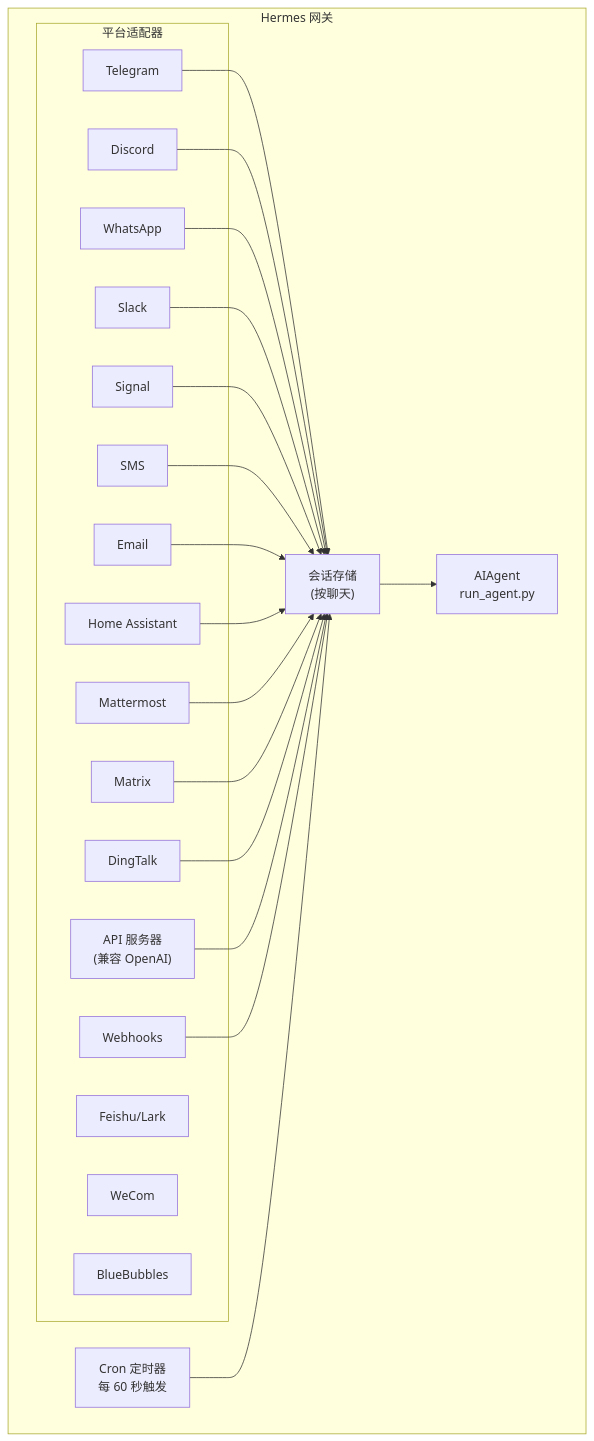
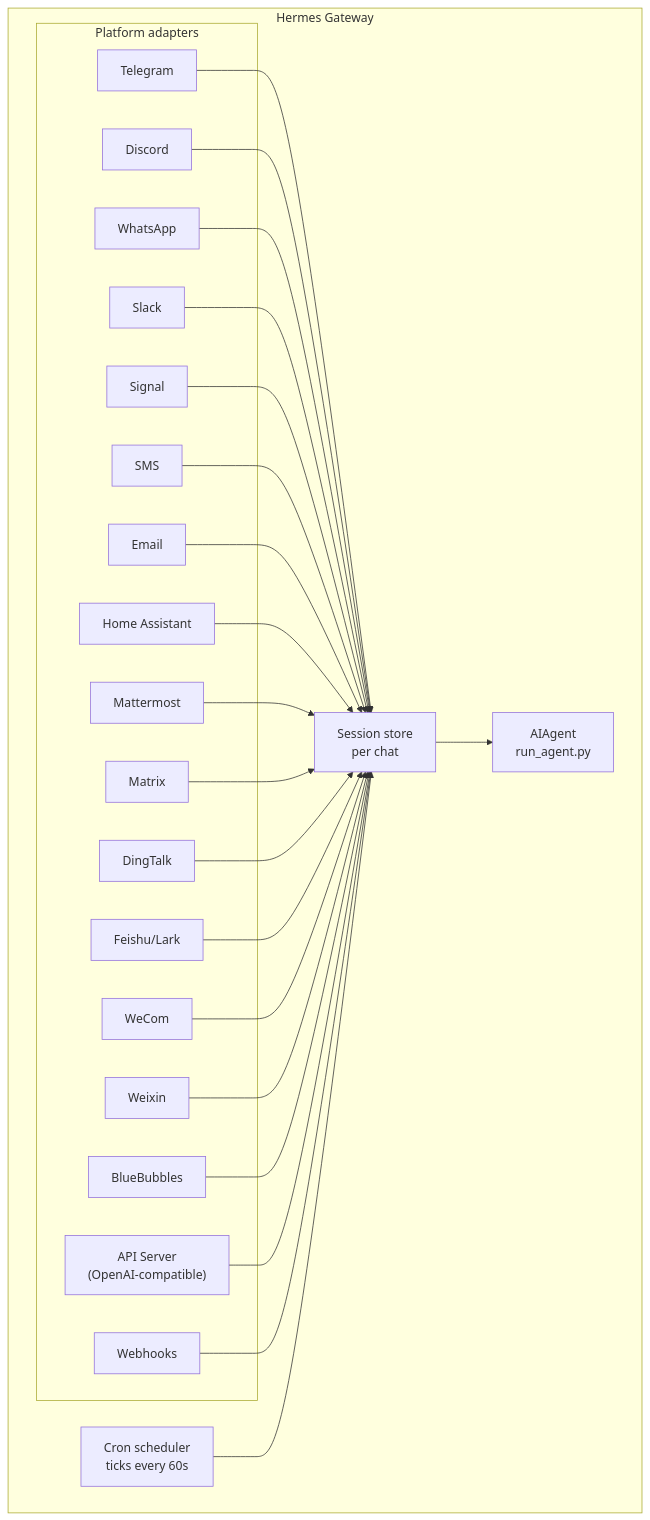
Before and after one commit to dracohu2025-cloud/hermes-agent: the diagram in site/docs/user-guide/messaging/index.md, drawn with Mermaid. The commit also changed other lines of this file and 36 other files, not shown here.

````diff
--- a/site/docs/user-guide/messaging/index.md
+++ b/site/docs/user-guide/messaging/index.md
@@ -36,43 +37,48 @@
 ```mermaid
 flowchart TB
-    subgraph Gateway["Hermes 网关"]
-        subgraph Adapters["平台适配器"]
+    subgraph Gateway["Hermes Gateway"]
+        subgraph Adapters["Platform adapters"]
             tg[Telegram]
             dc[Discord]
             wa[WhatsApp]
             sl[Slack]
             sig[Signal]
             sms[SMS]
             em[Email]
             ha[Home Assistant]
             mm[Mattermost]
             mx[Matrix]
             dt[DingTalk]
     fs[Feishu/Lark]
     wc[WeCom]
+    wx[Weixin]
     bb[BlueBubbles]
-            api["API 服务器<br/>(兼容 OpenAI)"]
+            api["API Server<br/>(OpenAI-compatible)"]
             wh[Webhooks]
         end
 
-        store["会话存储<br/>(按聊天)"]
+        store["Session store<br/>per chat"]
         agent["AIAgent<br/>run_agent.py"]
-        cron["Cron 定时器<br/>每 60 秒触发"]
+        cron["Cron scheduler<br/>ticks every 60s"]
     end
 
     tg --> store
     dc --> store
     wa --> store
     sl --> store
     sig --> store
     sms --> store
     em --> store
     ha --> store
     mm --> store
     mx --> store
     dt --> store
+    fs --> store
+    wc --> store
+    wx --> store
+    bb --> store
     api --> store
     wh --> store
     store --> agent
     cron --> store
 ```
````
